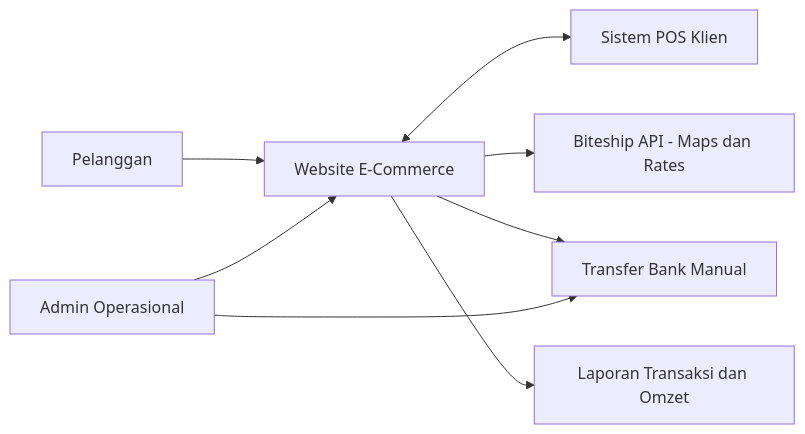
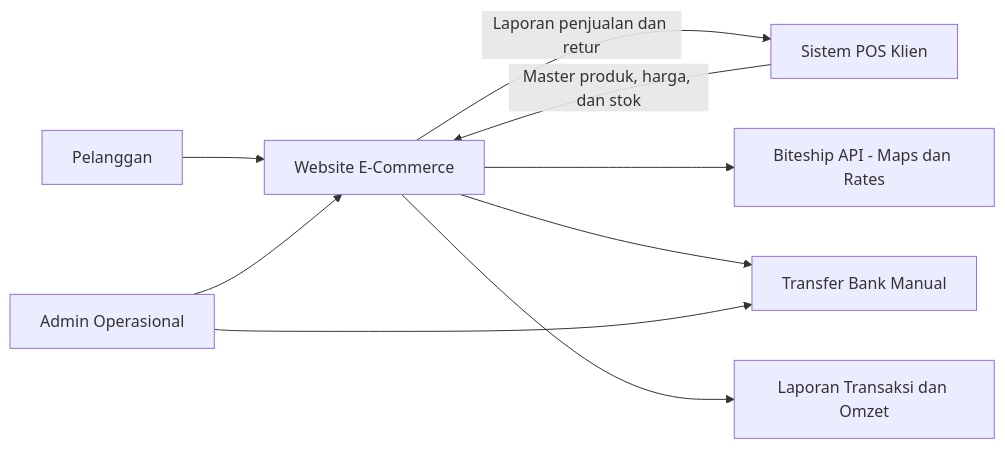
Before and after one commit to Webekspres/pixel-komunika: the first of 4 diagrams in docs/requirements/BRD.md, drawn with Mermaid. The commit also changed other lines of this file and 7 other files, not shown here.

Commit message:
docs: align web-owned sales and fulfillment flow

````diff
--- a/docs/requirements/BRD.md
+++ b/docs/requirements/BRD.md
@@ -215,10 +220,11 @@
 ```mermaid
 flowchart LR
     Customer[Pelanggan] --> Web[Website E-Commerce]
     Admin[Admin Operasional] --> Web
-    Web <--> POS[Sistem POS Klien]
+    POS -->|Master produk, harga, dan stok| Web
+    Web -->|Laporan penjualan dan retur| POS[Sistem POS Klien]
     Web --> Biteship[Biteship API - Maps dan Rates]
     Web --> Bank[Transfer Bank Manual]
     Admin --> Bank
     Web --> Report[Laporan Transaksi dan Omzet]
 ```
````
